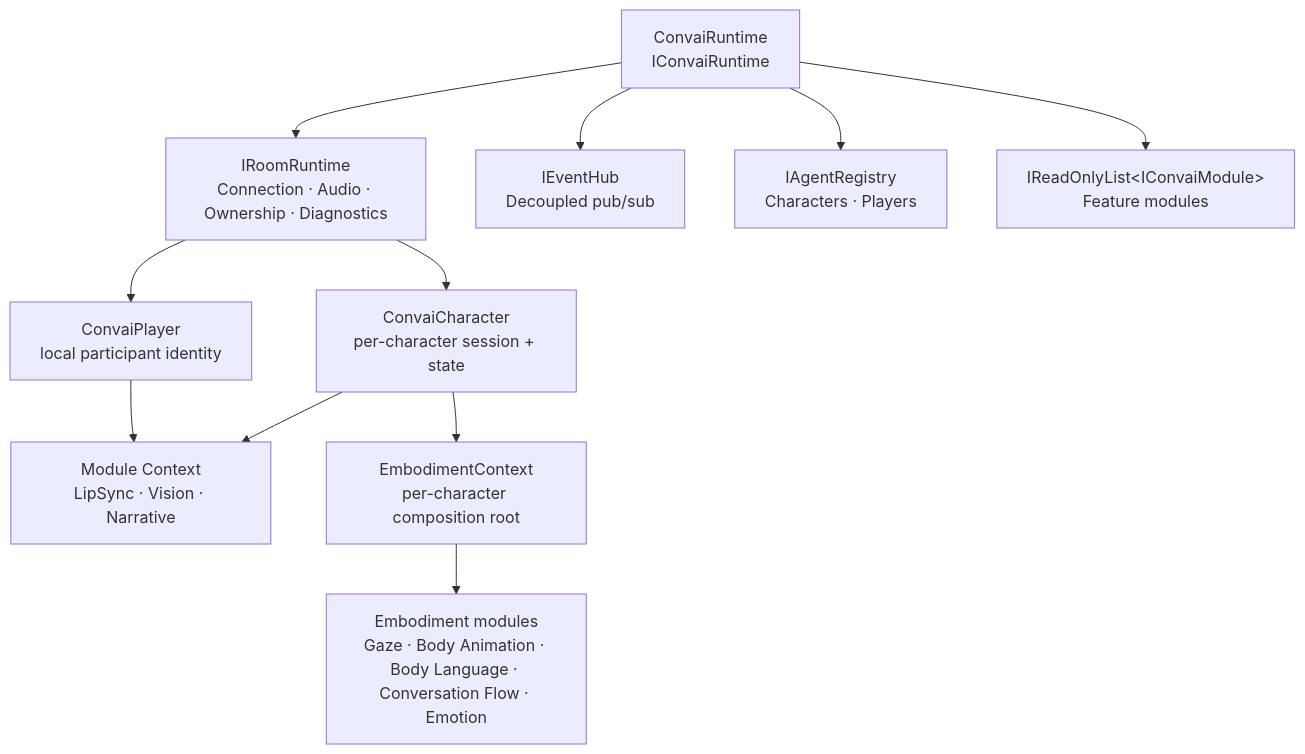
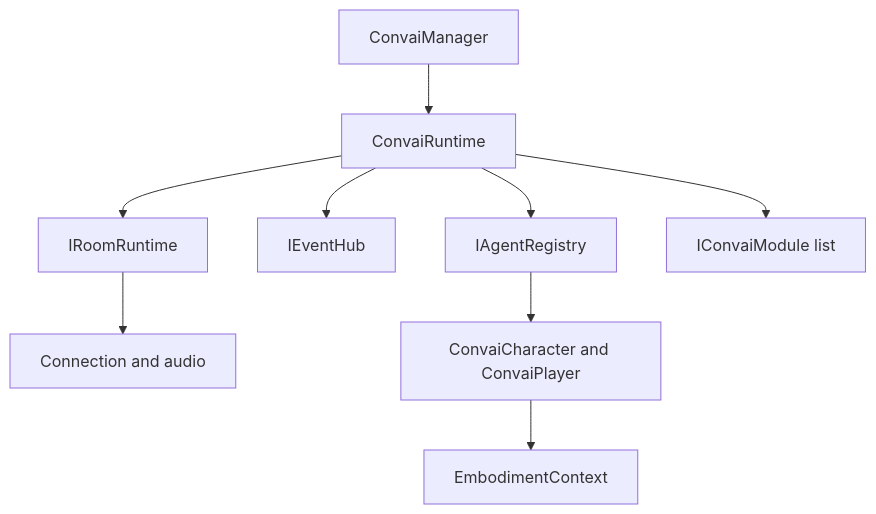
One commit to Conv-AI/Convai-Documentation changed the diagram in plugins-and-integrations/convai-unity-sdk/core-concepts/runtime-architecture.md. Above: the diagram before and after it, drawn with Mermaid. The commit also changed other lines of this file and 23 other files, not shown here.

````diff
--- a/plugins-and-integrations/convai-unity-sdk/core-concepts/runtime-architecture.md
+++ b/plugins-and-integrations/convai-unity-sdk/core-concepts/runtime-architecture.md
@@ -15,13 +11,11 @@
 ```mermaid
 graph TD
-    A[ConvaiRuntime<br/>IConvaiRuntime] --> B[IRoomRuntime<br/>Connection · Audio · Ownership · Diagnostics]
-    A --> C[IEventHub<br/>Decoupled pub/sub]
-    A --> D[IAgentRegistry<br/>Characters · Players]
-    A --> E[IReadOnlyList&lt;IConvaiModule&gt;<br/>Feature modules]
-    B --> F[ConvaiCharacter<br/>per-character session + state]
-    B --> G[ConvaiPlayer<br/>local participant identity]
-    F --> H[Module Context<br/>LipSync · Vision · Narrative]
-    G --> H
-    F --> I[EmbodimentContext<br/>per-character composition root]
-    I --> J[Embodiment modules<br/>Gaze · Body Animation · Body Language · Conversation Flow · Emotion]
+    Manager[ConvaiManager] --> Runtime[ConvaiRuntime]
+    Runtime --> Room[IRoomRuntime]
+    Runtime --> Events[IEventHub]
+    Runtime --> Registry[IAgentRegistry]
+    Runtime --> Modules[IConvaiModule list]
+    Room --> Connection[Connection and audio]
+    Registry --> Character[ConvaiCharacter and ConvaiPlayer]
+    Character --> Embodiment[EmbodimentContext]
 ```
````
